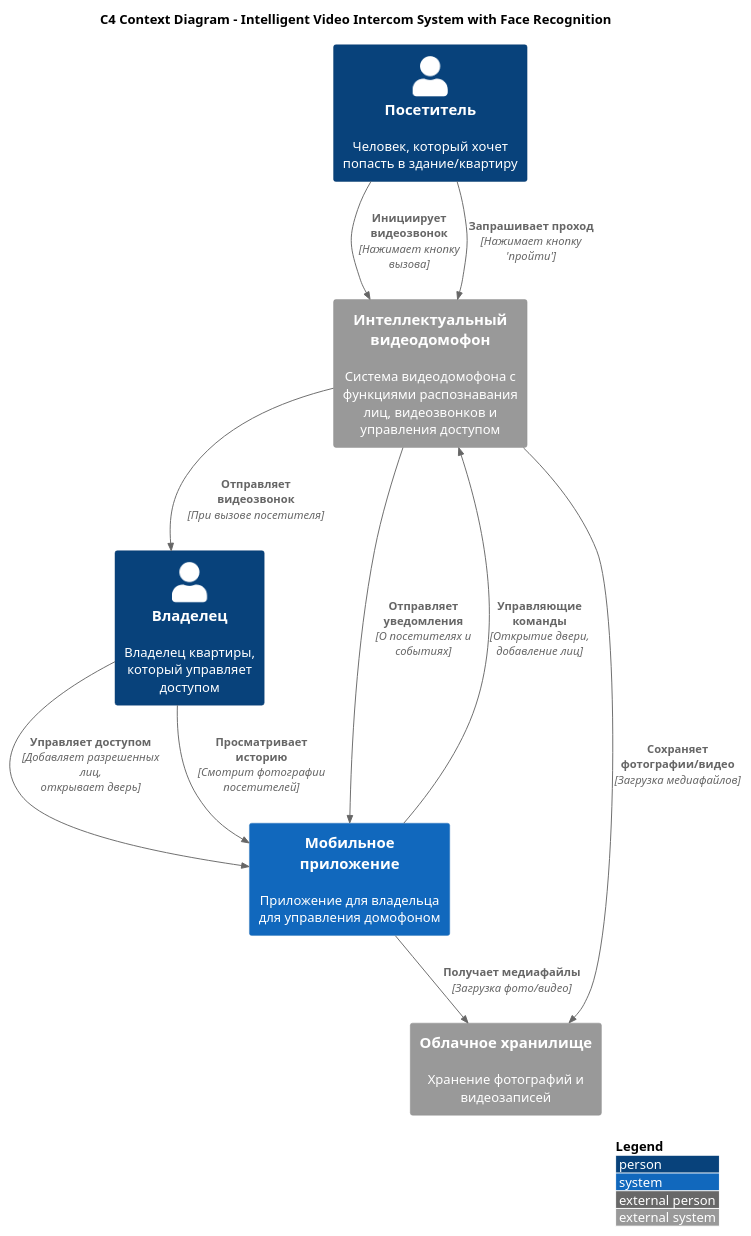
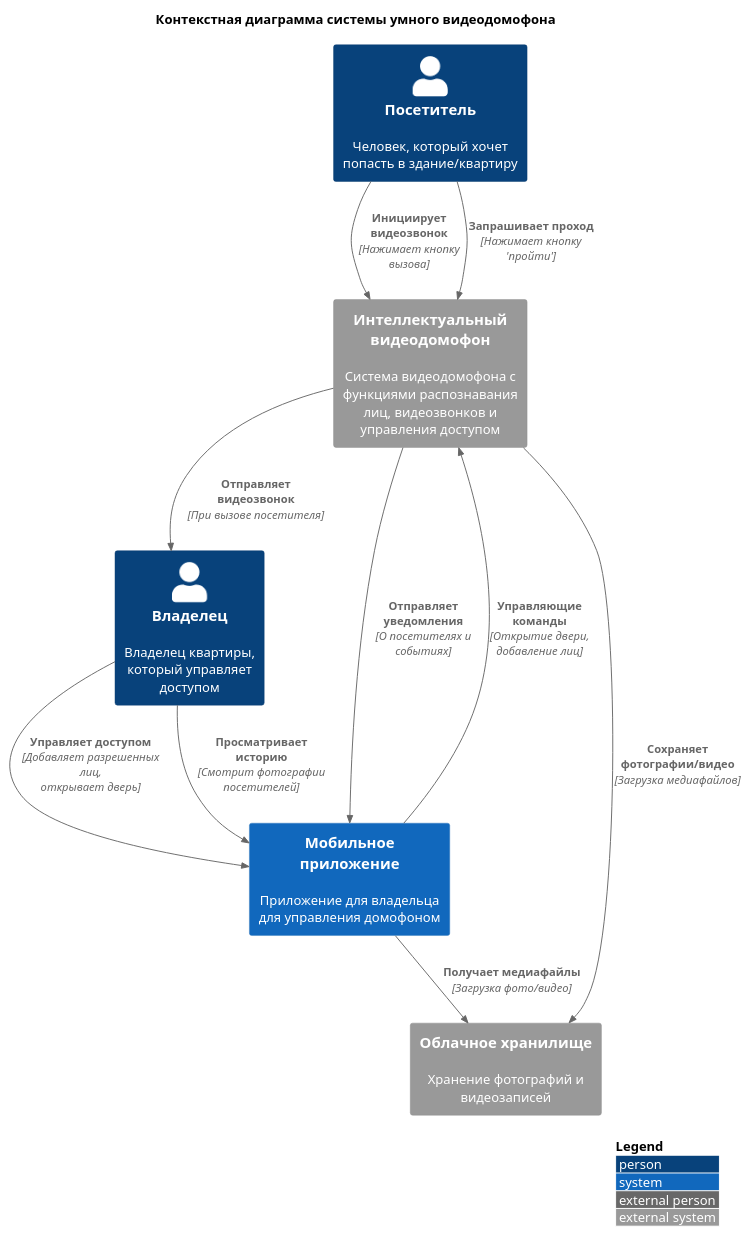
Before and after one commit to Felix-neko/architecture-pro-propdevelopment: the diagram in task_3_external_integrations/intercom_context_diagram.puml, drawn with PlantUML. The commit also changed 7 other files, not shown here.

```diff
--- a/task_3_external_integrations/intercom_context_diagram.puml
+++ b/task_3_external_integrations/intercom_context_diagram.puml
@@ -14,32 +14,32 @@
 @startuml
 !include https://raw.githubusercontent.com/plantuml-stdlib/C4-PlantUML/master/C4_Context.puml
 
 LAYOUT_WITH_LEGEND()
 
-title C4 Context Diagram - Intelligent Video Intercom System with Face Recognition
+title Контекстная диаграмма системы умного видеодомофона
 
 Person(visitor, "Посетитель", "Человек, который хочет попасть в здание/квартиру")
 Person(owner, "Владелец", "Владелец квартиры, который управляет доступом")
 
 System_Ext(intercom, "Интеллектуальный видеодомофон", "Система видеодомофона с функциями распознавания лиц, видеозвонков и управления доступом")
 
 System(mobile_app, "Мобильное приложение", "Приложение для владельца для управления домофоном")
 'System_Ext(face_recognition, "Сервис распознавания лиц", "Внешний сервис для обработки и сравнения изображений лиц")
 System_Ext(cloud_storage, "Облачное хранилище", "Хранение фотографий и видеозаписей")
 'System_Ext(notification_service, "Сервис уведомлений", "Отправка push-уведомлений владельцу")
 
 Rel(visitor, intercom, "Инициирует видеозвонок", "Нажимает кнопку вызова")
 Rel(visitor, intercom, "Запрашивает проход", "Нажимает кнопку 'пройти'")
 
 Rel(owner, mobile_app, "Управляет доступом", "Добавляет разрешенных лиц, открывает дверь")
 Rel(owner, mobile_app, "Просматривает историю", "Смотрит фотографии посетителей")
 
 Rel(intercom, owner, "Отправляет видеозвонок", "При вызове посетителя")
 'Rel(intercom, face_recognition, "Отправляет фото для распознавания", "API запрос")
 Rel(intercom, cloud_storage, "Сохраняет фотографии/видео", "Загрузка медиафайлов")
 Rel(intercom, mobile_app, "Отправляет уведомления", "О посетителях и событиях")
 
 Rel(mobile_app, intercom, "Управляющие команды", "Открытие двери, добавление лиц")
 Rel(mobile_app, cloud_storage, "Получает медиафайлы", "Загрузка фото/видео")
 
 @enduml
```
